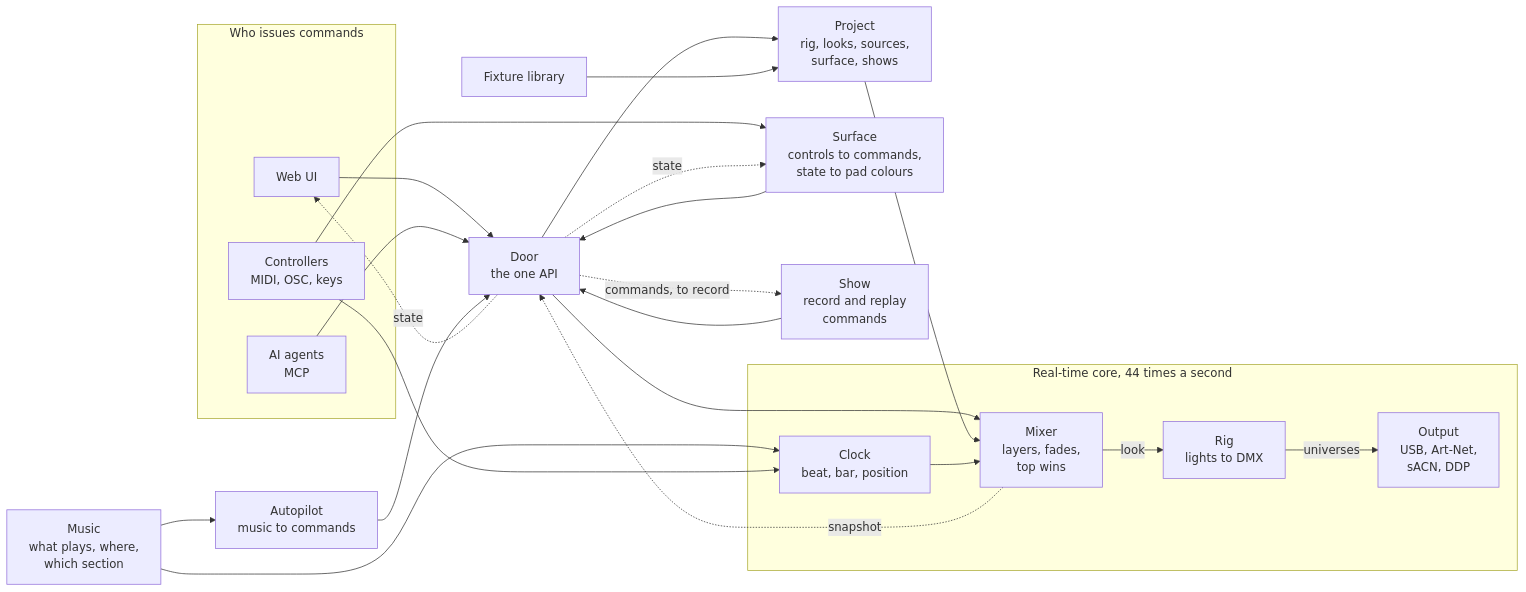
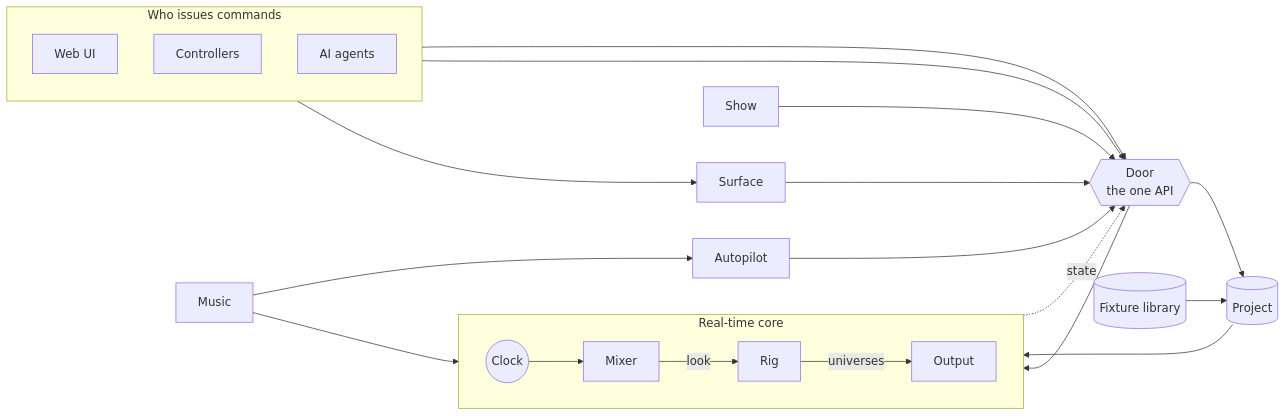
The first of 4 diagrams in docs/design/modules.md (abossard/bossylights), drawn with Mermaid before and after one commit. The commit also changed other lines of this file and 2 other files, not shown here.

````diff
--- a/docs/design/modules.md
+++ b/docs/design/modules.md
@@ -11,43 +25,40 @@
 ```mermaid
 flowchart LR
   subgraph writers["Who issues commands"]
+    direction TB
     UI["Web UI"]
-    HW["Controllers<br/>MIDI, OSC, keys"]
-    AG["AI agents<br/>MCP"]
+    HW["Controllers"]
+    AG["AI agents"]
   end
 
-  SURF["Surface<br/>controls to commands,<br/>state to pad colours"]
-  DOOR["Door<br/>the one API"]
-  SHOW["Show<br/>record and replay<br/>commands"]
-  AUTO["Autopilot<br/>music to commands"]
-  MUSIC["Music<br/>what plays, where,<br/>which section"]
-  PROJ["Project<br/>rig, looks, sources,<br/>surface, shows"]
-  LIB["Fixture library"]
+  SURF["Surface"]
+  DOOR{{"Door<br/>the one API"}}
+  SHOW["Show"]
+  AUTO["Autopilot"]
+  MUSIC["Music"]
+  PROJ[("Project")]
+  LIB[("Fixture library")]
 
-  subgraph rt["Real-time core, 44 times a second"]
-    CLOCK["Clock<br/>beat, bar, position"]
-    MIX["Mixer<br/>layers, fades,<br/>top wins"]
-    RIG["Rig<br/>lights to DMX"]
-    OUT["Output<br/>USB, Art-Net,<br/>sACN, DDP"]
+  subgraph rt["Real-time core"]
+    direction LR
+    CLOCK(("Clock"))
+    MIX["Mixer"]
+    RIG["Rig"]
+    OUT["Output"]
   end
 
   UI --> DOOR
   AG --> DOOR
   HW --> SURF --> DOOR
-  DOOR --> MIX
-  DOOR --> PROJ
   SHOW --> DOOR
   AUTO --> DOOR
   MUSIC --> AUTO
   MUSIC --> CLOCK
-  HW --> CLOCK
+  DOOR --> MIX
+  DOOR --> PROJ
+  LIB --> PROJ
   PROJ --> MIX
-  LIB --> PROJ
   CLOCK --> MIX
-  MIX -- "look" --> RIG
-  RIG -- "universes" --> OUT
-  MIX -. "snapshot" .-> DOOR
-  DOOR -. "state" .-> UI
-  DOOR -. "state" .-> SURF
-  DOOR -. "commands, to record" .-> SHOW
+  MIX -- "look" --> RIG -- "universes" --> OUT
+  MIX -. "state" .-> DOOR
 ```
````
